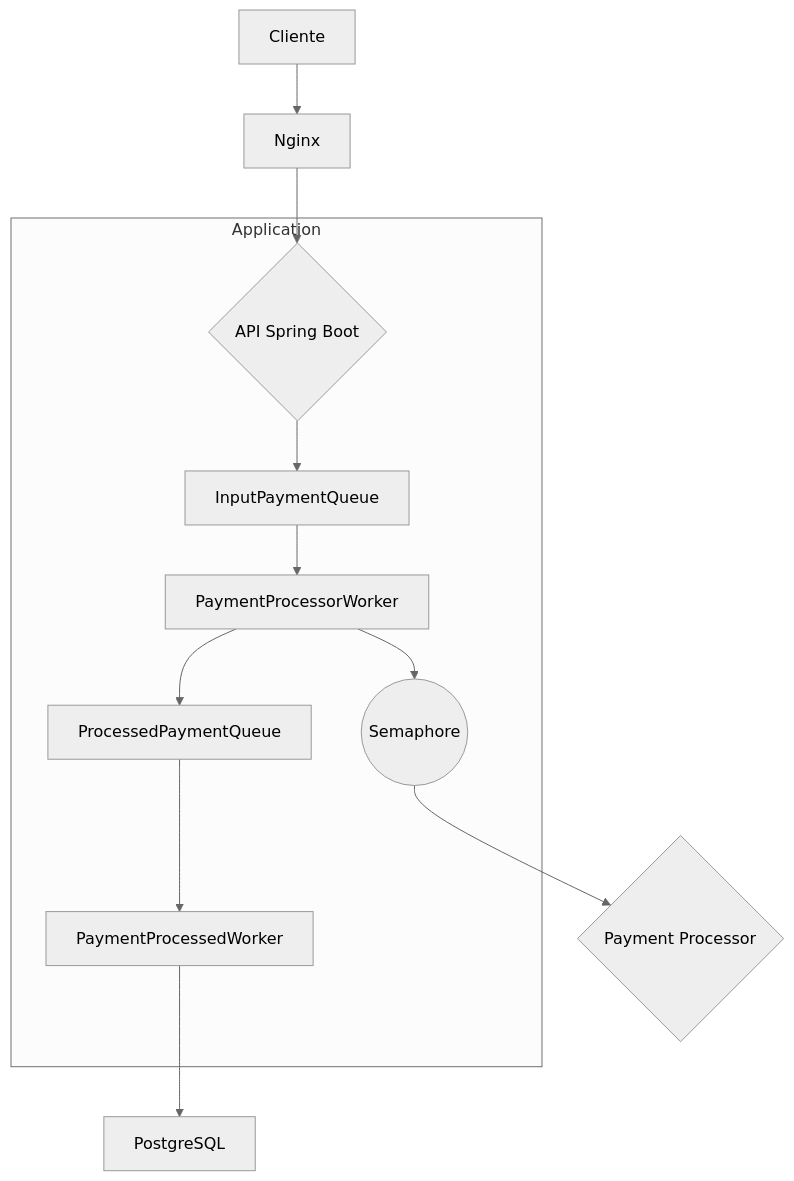
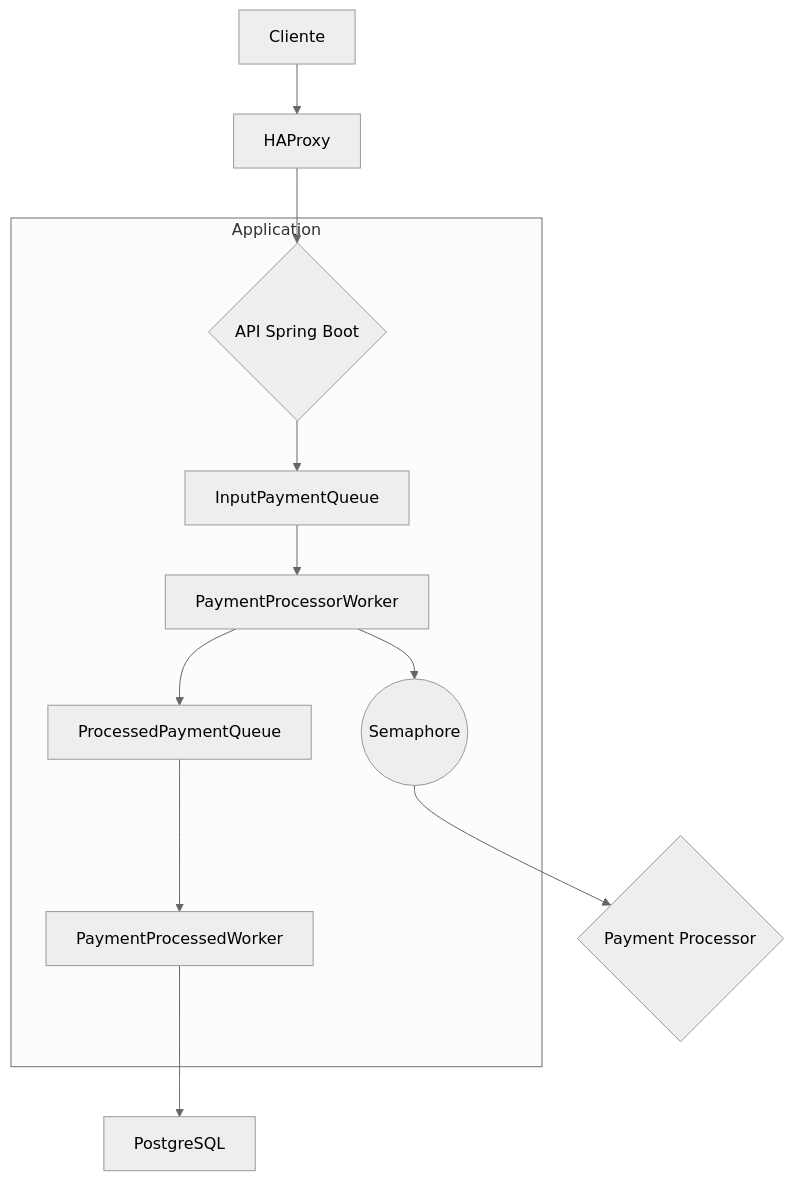
One commit to apelisser/rinha-backend-2025 changed the diagram in README.md. Above: the diagram before and after it, drawn with Mermaid (neutral theme). The commit also changed other lines of this file and 1 other file, not shown here.

````diff
--- a/README.md
+++ b/README.md
@@ -39,15 +39,15 @@
 ```mermaid
 graph TD
-    A[Cliente] --> B[Nginx];
+    A[Cliente] --> B[HAProxy];
     B --> C;
     H --> I[PostgreSQL];
     SEM --> F{Payment Processor};
 
     subgraph Application
         C{API Spring Boot} --> D[InputPaymentQueue];
         D --> E[PaymentProcessorWorker];
         E --> SEM((Semaphore));
         E --> G[ProcessedPaymentQueue];
         G --> H[PaymentProcessedWorker];
     end
 ```
````
